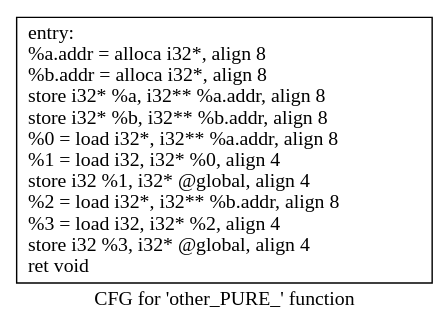
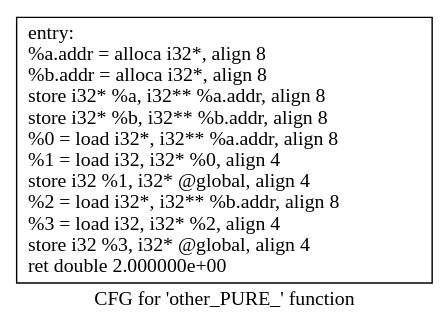
Before and after one commit to mattqemo/eecs583fp: the diagram in 583simple/.other_PURE_.dot, drawn with Graphviz. The commit also changed 18 other files, not shown here.

```diff
--- a/583simple/.other_PURE_.dot
+++ b/583simple/.other_PURE_.dot
@@ -1,5 +1,5 @@
 digraph "CFG for 'other_PURE_' function" {
 	label="CFG for 'other_PURE_' function";
 
-	Node0x5641cdaa7730 [shape=record,label="{entry:\l  %a.addr = alloca i32*, align 8\l  %b.addr = alloca i32*, align 8\l  store i32* %a, i32** %a.addr, align 8\l  store i32* %b, i32** %b.addr, align 8\l  %0 = load i32*, i32** %a.addr, align 8\l  %1 = load i32, i32* %0, align 4\l  store i32 %1, i32* @global, align 4\l  %2 = load i32*, i32** %b.addr, align 8\l  %3 = load i32, i32* %2, align 4\l  store i32 %3, i32* @global, align 4\l  ret void\l}"];
+	Node0x55b8c4fe2780 [shape=record,label="{entry:\l  %a.addr = alloca i32*, align 8\l  %b.addr = alloca i32*, align 8\l  store i32* %a, i32** %a.addr, align 8\l  store i32* %b, i32** %b.addr, align 8\l  %0 = load i32*, i32** %a.addr, align 8\l  %1 = load i32, i32* %0, align 4\l  store i32 %1, i32* @global, align 4\l  %2 = load i32*, i32** %b.addr, align 8\l  %3 = load i32, i32* %2, align 4\l  store i32 %3, i32* @global, align 4\l  ret double 2.000000e+00\l}"];
 }
```
